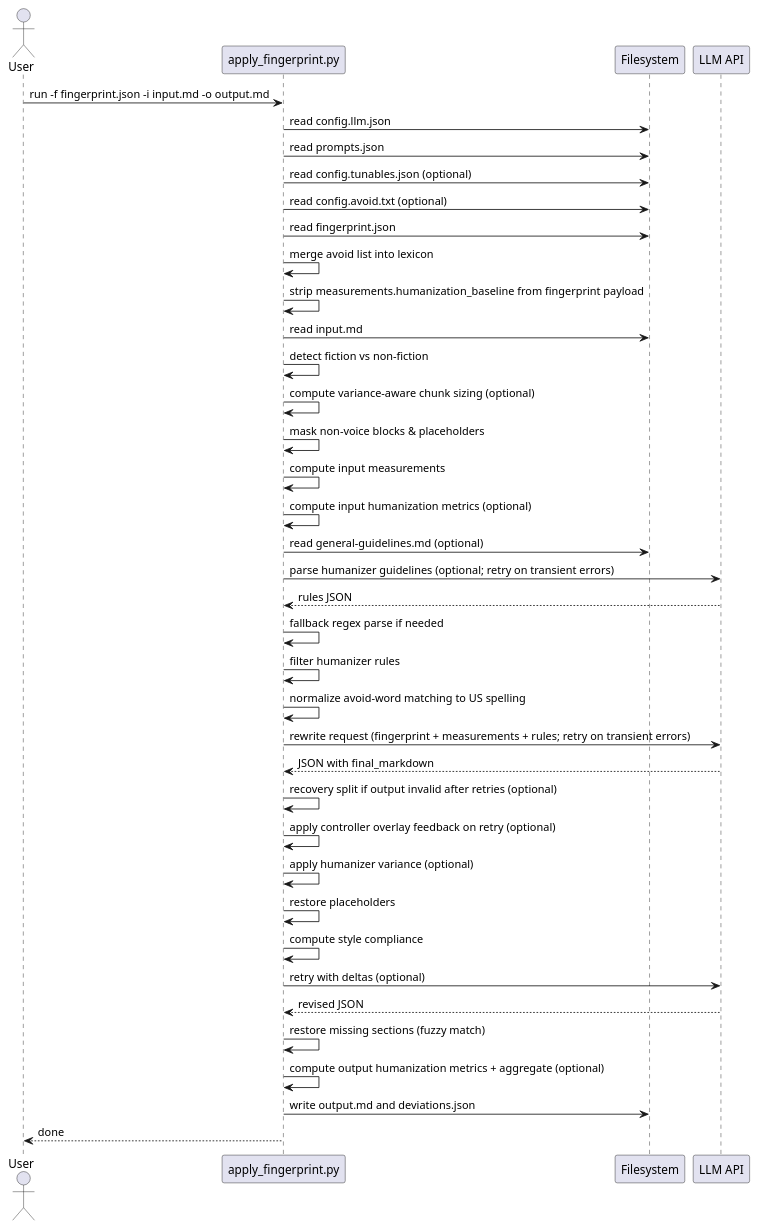
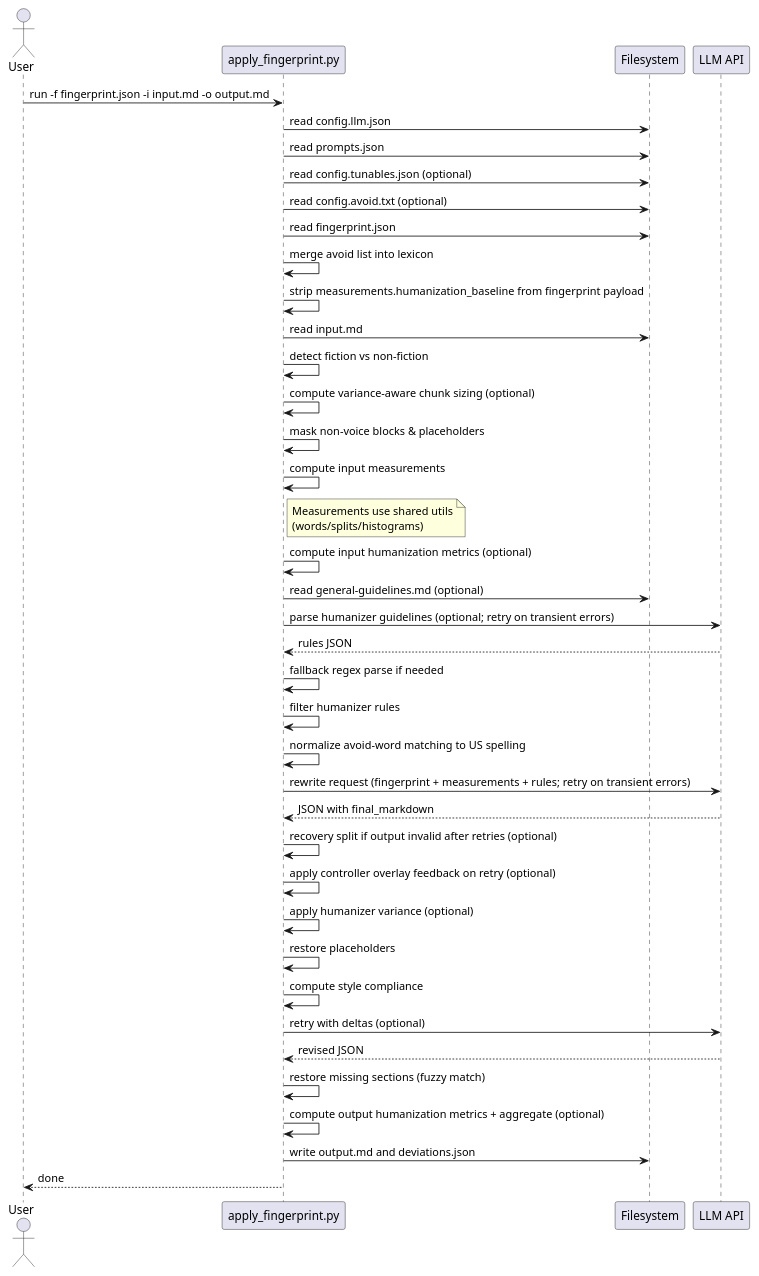
Before and after one commit to ngpepin/stylometric-transfer: the third of 3 diagrams in UML-Apply.md, drawn with PlantUML. The commit also changed other lines of this file and 10 other files, not shown here.

````diff
--- a/UML-Apply.md
+++ b/UML-Apply.md
@@ -165,42 +176,43 @@
 ```plantuml
 @startuml
 actor User
 participant "apply_fingerprint.py" as AF
 participant "Filesystem" as FS
 participant "LLM API" as LLM
 
 User -> AF : run -f fingerprint.json -i input.md -o output.md
 AF -> FS : read config.llm.json
 AF -> FS : read prompts.json
 AF -> FS : read config.tunables.json (optional)
 AF -> FS : read config.avoid.txt (optional)
 AF -> FS : read fingerprint.json
 AF -> AF : merge avoid list into lexicon
 AF -> AF : strip measurements.humanization_baseline from fingerprint payload
 AF -> FS : read input.md
 AF -> AF : detect fiction vs non-fiction
 AF -> AF : compute variance-aware chunk sizing (optional)
 AF -> AF : mask non-voice blocks & placeholders
 AF -> AF : compute input measurements
+note right of AF : Measurements use shared utils\n(words/splits/histograms)
 AF -> AF : compute input humanization metrics (optional)
 AF -> FS : read general-guidelines.md (optional)
 AF -> LLM : parse humanizer guidelines (optional; retry on transient errors)
 LLM --> AF : rules JSON
 AF -> AF : fallback regex parse if needed
 AF -> AF : filter humanizer rules
 AF -> AF : normalize avoid-word matching to US spelling
 AF -> LLM : rewrite request (fingerprint + measurements + rules; retry on transient errors)
 LLM --> AF : JSON with final_markdown
 AF -> AF : recovery split if output invalid after retries (optional)
 AF -> AF : apply controller overlay feedback on retry (optional)
 AF -> AF : apply humanizer variance (optional)
 AF -> AF : restore placeholders
 AF -> AF : compute style compliance
 AF -> LLM : retry with deltas (optional)
 LLM --> AF : revised JSON
 AF -> AF : restore missing sections (fuzzy match)
 AF -> AF : compute output humanization metrics + aggregate (optional)
 AF -> FS : write output.md and deviations.json
 AF --> User : done
 @enduml
 ```
````
